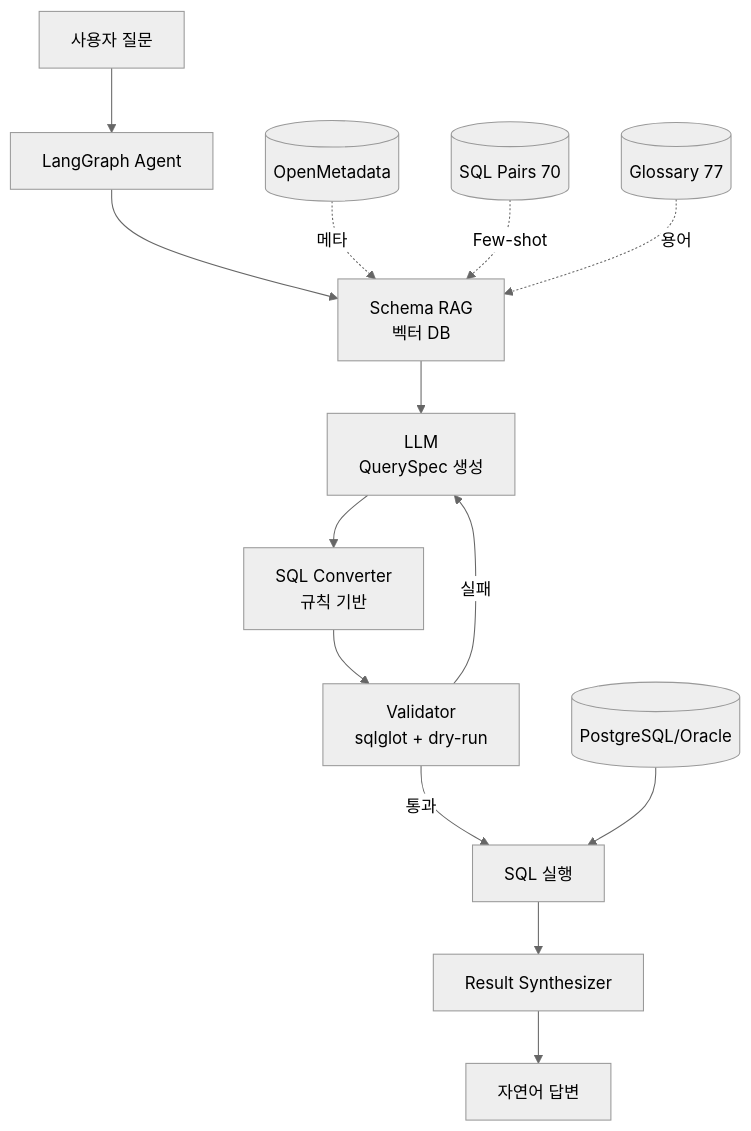
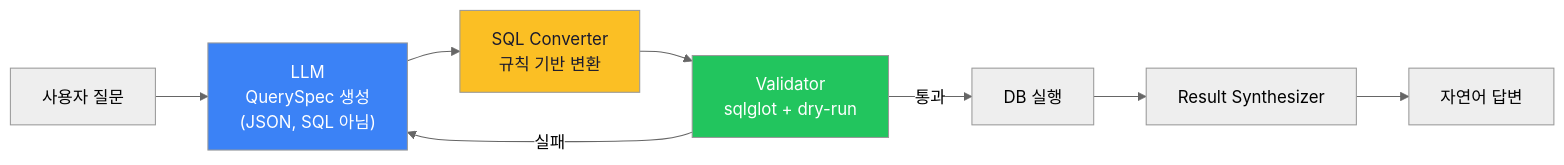
Before and after one commit to izzyLim/BIP-Pipeline: the second of 13 diagrams in docs/nl2sql_implementation_plan_v2.md, drawn with Mermaid (neutral theme). The commit also changed other lines of this file and 1 other file, not shown here.

First line of the commit message:
docs: nl2sql_implementation_plan_v2 enterprise_playbook 스타일로 전면 재작성

````diff
--- a/docs/nl2sql_implementation_plan_v2.md
+++ b/docs/nl2sql_implementation_plan_v2.md
@@ -525,19 +85,14 @@
 ```mermaid
-graph TB
-    USER[사용자 질문]
-    USER --> AGENT[LangGraph Agent]
+flowchart LR
+    Q["사용자 질문"] --> LLM["LLM<br/>QuerySpec 생성<br/>(JSON, SQL 아님)"]
+    LLM --> CONV["SQL Converter<br/>규칙 기반 변환"]
+    CONV --> VAL["Validator<br/>sqlglot + dry-run"]
+    VAL -->|실패| LLM
+    VAL -->|통과| EXEC["DB 실행"]
+    EXEC --> SYNTH["Result Synthesizer"]
+    SYNTH --> A["자연어 답변"]
 
-    AGENT --> RAG[Schema RAG<br/>벡터 DB]
-    RAG --> LLM[LLM<br/>QuerySpec 생성]
-    LLM --> CONV[SQL Converter<br/>규칙 기반]
-    CONV --> VAL[Validator<br/>sqlglot + dry-run]
-    VAL -->|실패| LLM
-    VAL -->|통과| EXEC[SQL 실행]
-    EXEC --> SYNTH[Result Synthesizer]
-    SYNTH --> ANSWER[자연어 답변]
-
-    OM[(OpenMetadata)] -.메타.-> RAG
-    DB[(PostgreSQL/Oracle)] --> EXEC
-    PAIRS[(SQL Pairs 70)] -.Few-shot.-> RAG
-    GLOSS[(Glossary 77)] -.용어.-> RAG
+    style LLM fill:#3b82f6,color:#fff
+    style CONV fill:#fbbf24,color:#1a1a2e
+    style VAL fill:#22c55e,color:#fff
 ```
````
